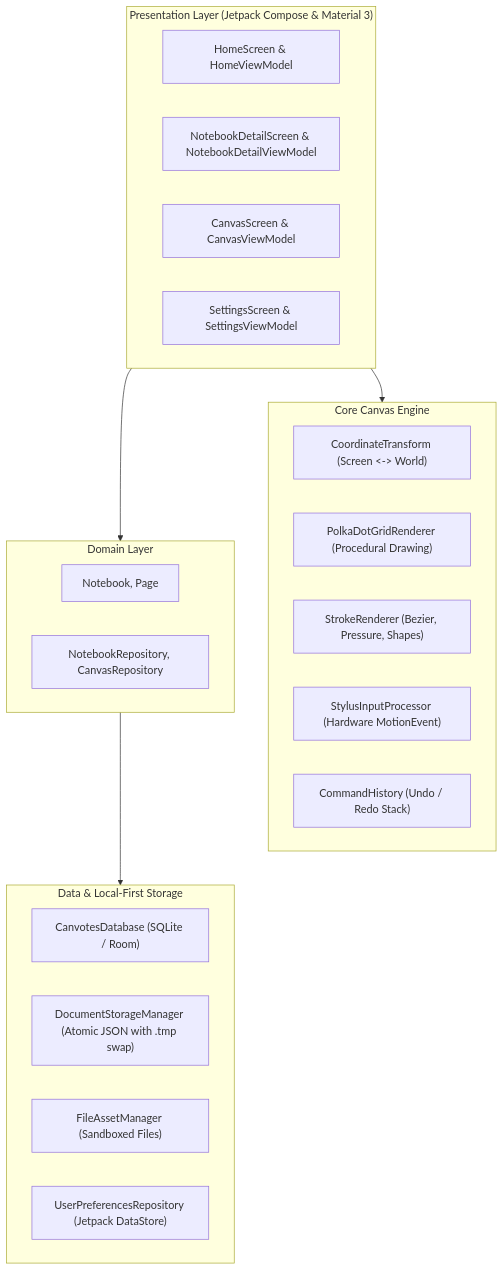
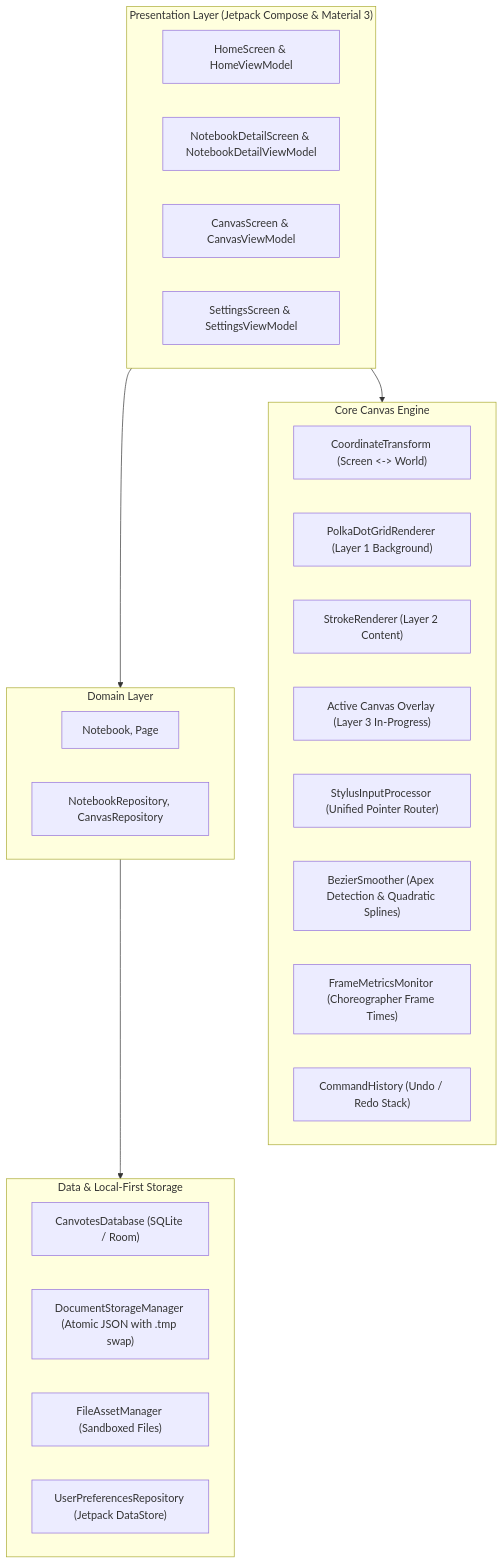
Before and after one commit to purval26/canvotes: the diagram in SUMMARY_REPORT.md, drawn with Mermaid. The commit also changed other lines of this file and 14 other files, not shown here.

Commit message:
feat(sprint-7): canvas stabilization, unified pointer architecture, 3-layer rendering, 120fps optimization, and custom typography

````diff
--- a/SUMMARY_REPORT.md
+++ b/SUMMARY_REPORT.md
@@ -23,33 +31,36 @@
 ```mermaid
 flowchart TD
     subgraph UI ["Presentation Layer (Jetpack Compose & Material 3)"]
         HomeScreen["HomeScreen & HomeViewModel"]
         NotebookScreen["NotebookDetailScreen & NotebookDetailViewModel"]
         CanvasScreen["CanvasScreen & CanvasViewModel"]
         SettingsScreen["SettingsScreen & SettingsViewModel"]
     end
 
-    subgraph Core ["Core Canvas Engine"]
+    subgraph CoreEngine ["Core Canvas Engine"]
         CoordTransform["CoordinateTransform (Screen <-> World)"]
-        PolkaRenderer["PolkaDotGridRenderer (Procedural Drawing)"]
-        StrokeRenderer["StrokeRenderer (Bezier, Pressure, Shapes)"]
-        InputProcessor["StylusInputProcessor (Hardware MotionEvent)"]
+        PolkaRenderer["PolkaDotGridRenderer (Layer 1 Background)"]
+        CommittedRenderer["StrokeRenderer (Layer 2 Content)"]
+        ActiveStroke["Active Canvas Overlay (Layer 3 In-Progress)"]
+        InputProcessor["StylusInputProcessor (Unified Pointer Router)"]
+        BezierSmoother["BezierSmoother (Apex Detection & Quadratic Splines)"]
+        FrameMetrics["FrameMetricsMonitor (Choreographer Frame Times)"]
         CommandStack["CommandHistory (Undo / Redo Stack)"]
     end
 
     subgraph Domain ["Domain Layer"]
         DomainModels["Notebook, Page"]
         RepoInterfaces["NotebookRepository, CanvasRepository"]
     end
 
     subgraph Data ["Data & Local-First Storage"]
         RoomDB["CanvotesDatabase (SQLite / Room)"]
         AtomicStorage["DocumentStorageManager (Atomic JSON with .tmp swap)"]
         MediaStorage["FileAssetManager (Sandboxed Files)"]
         Preferences["UserPreferencesRepository (Jetpack DataStore)"]
     end
 
-    UI --> Core
+    UI --> CoreEngine
     UI --> Domain
     Domain --> Data
 ```
````
